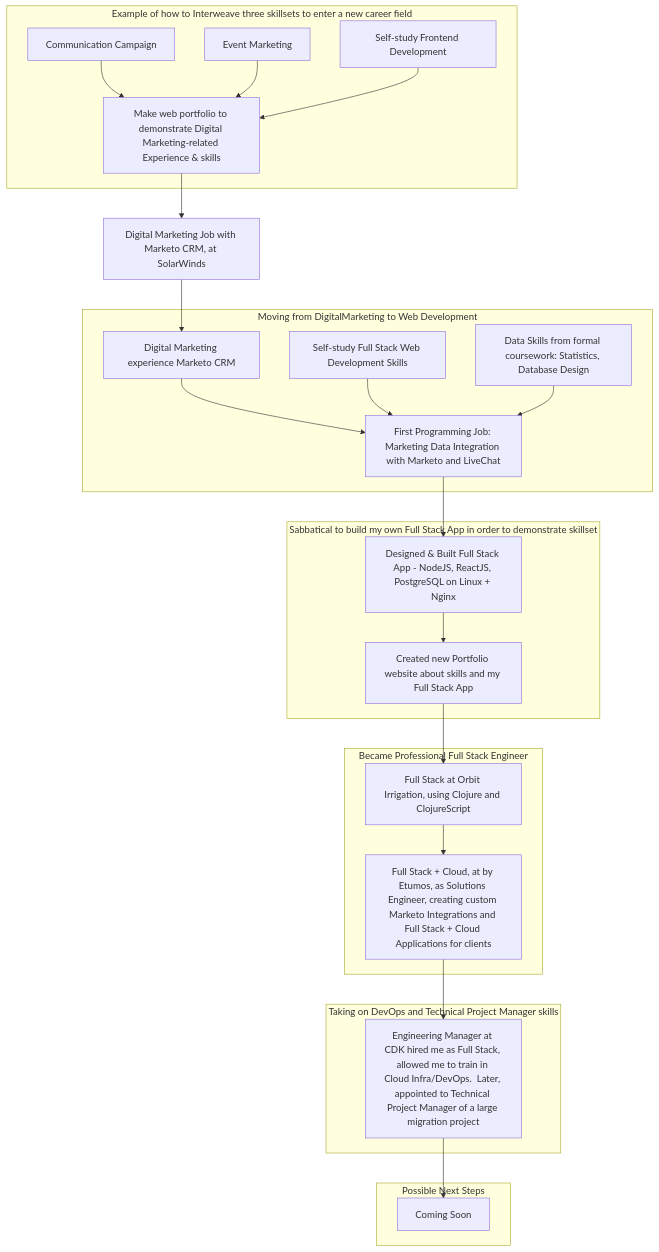
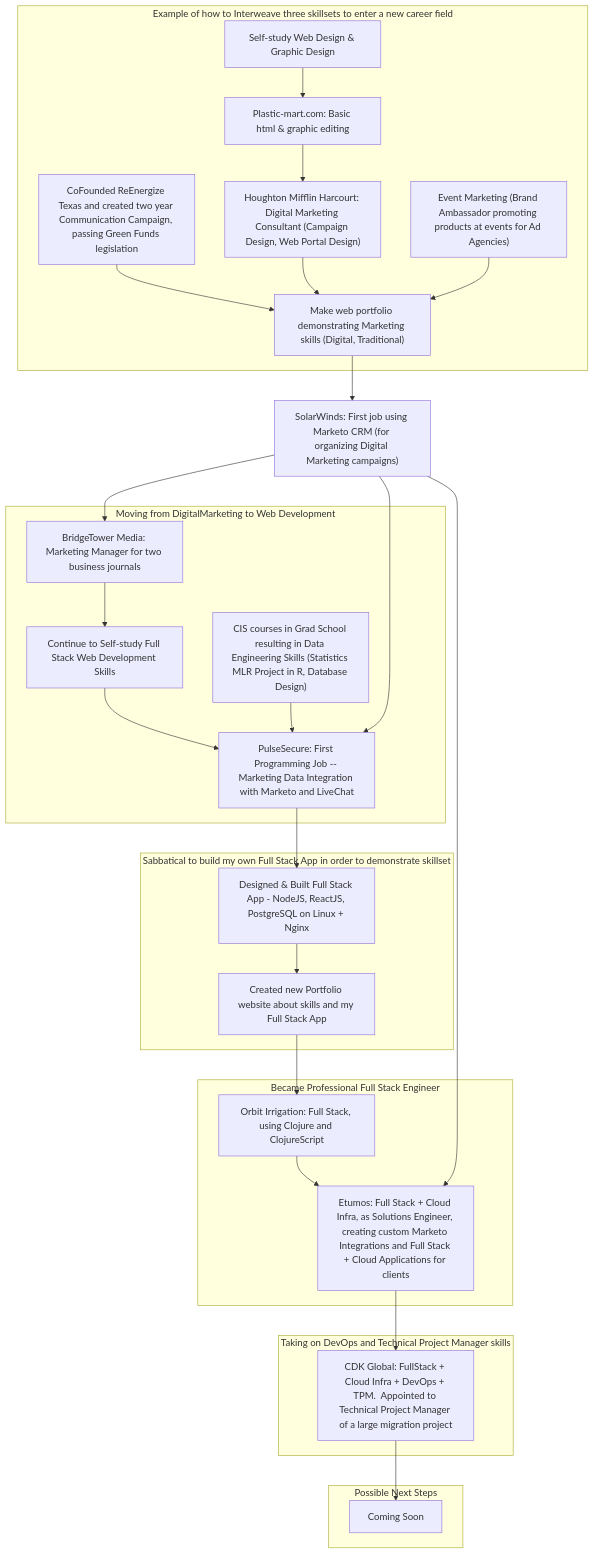
Before and after one commit to pmeaney/pmeaney: the diagram in README.md, drawn with Mermaid.

````diff
--- a/README.md
+++ b/README.md
@@ -64,39 +64,45 @@
 ```mermaid
   graph TD;
       subgraph one[Example of how to Interweave three skillsets to enter a new career field]
-        A["`Communication Campaign`"]-->D;
-        B["`Event Marketing`"]-->D;
-        C["`Self-study Frontend Development`"]-->D;
+        A["`CoFounded ReEnergize Texas and created two year Communication Campaign, passing Green Funds legislation`"]-->D;
+        BB["`Houghton Mifflin Harcourt: Digital Marketing Consultant (Campaign Design, Web Portal Design)`"]-->D
+        B["`Event Marketing (Brand Ambassador promoting products at events for Ad Agencies)`"]-->D;
+        C["`Self-study Web Design & Graphic Design`"]-->DD;
+        DD["`Plastic-mart.com: Basic html & graphic editing`"]-->BB
       end
-      D["`Make web portfolio to demonstrate Digital Marketing-related Experience & skills`"]-->E["`Digital Marketing Job with Marketo CRM, at SolarWinds`"]
+
 
       subgraph two[Moving from DigitalMarketing to Web Development]
-        F["`Digital Marketing experience Marketo CRM`"]-->I
-        G["`Self-study Full Stack Web Development Skills`"]-->I
-        H["`Data Skills from formal coursework: Statistics, Database Design`"]-->I
-        I["`First Programming Job: Marketing Data Integration with Marketo and LiveChat`"]
+        F["`BridgeTower Media: Marketing Manager for two business journals`"]-->G
+        G["`Continue to Self-study Full Stack Web Development Skills`"]-->I
+        H["`CIS courses in Grad School resulting in Data Engineering Skills (Statistics MLR Project in R, Database Design)`"]-->I
+        I["`PulseSecure: First Programming Job -- Marketing Data Integration with Marketo and LiveChat`"]
       end
 
-    subgraph three[Sabbatical to build my own Full Stack App in order to demonstrate skillset]
-      I-->J["`Designed & Built Full Stack App - NodeJS, ReactJS, PostgreSQL on Linux + Nginx`"]
-      J-->K["`Created new Portfolio website about skills and my Full Stack App`"]
+      subgraph three[Sabbatical to build my own Full Stack App in order to demonstrate skillset]
+        I-->J["`Designed & Built Full Stack App - NodeJS, ReactJS, PostgreSQL on Linux + Nginx`"]
+        J-->K["`Created new Portfolio website about skills and my Full Stack App`"]
       end
 
       subgraph four[Became Professional Full Stack Engineer]
-        L["`Full Stack at Orbit Irrigation, using Clojure and ClojureScript`"]-->M["`Full Stack + Cloud, at by Etumos, as Solutions Engineer, creating custom Marketo Integrations and Full Stack + Cloud Applications for clients`"]
+        L["`Orbit Irrigation: Full Stack, using Clojure and ClojureScript`"]-->M["`Etumos: Full Stack + Cloud Infra, as Solutions Engineer, creating custom Marketo Integrations and Full Stack + Cloud Applications for clients`"]
       end
 
       subgraph five[Taking on DevOps and Technical Project Manager skills]
-        N["`Engineering Manager at CDK hired me as Full Stack, allowed me to train in Cloud Infra/DevOps.  Later, appointed to Technical Project Manager of a large migration project`"]
+        N["`CDK Global: FullStack + Cloud Infra + DevOps + TPM.  Appointed to Technical Project Manager of a large migration project`"]
       end
-
 
       subgraph six[Possible Next Steps]
         O["`Coming Soon`"]
       end
 
+
+      D["`Make web portfolio demonstrating Marketing skills (Digital, Traditional)`"]-->E["`SolarWinds: First job using Marketo CRM (for organizing Digital Marketing campaigns)`"]
+
       E-->F
+      E-->I
+      E-->M
       K-->L
       M-->N
       N-->O
 ```
````
